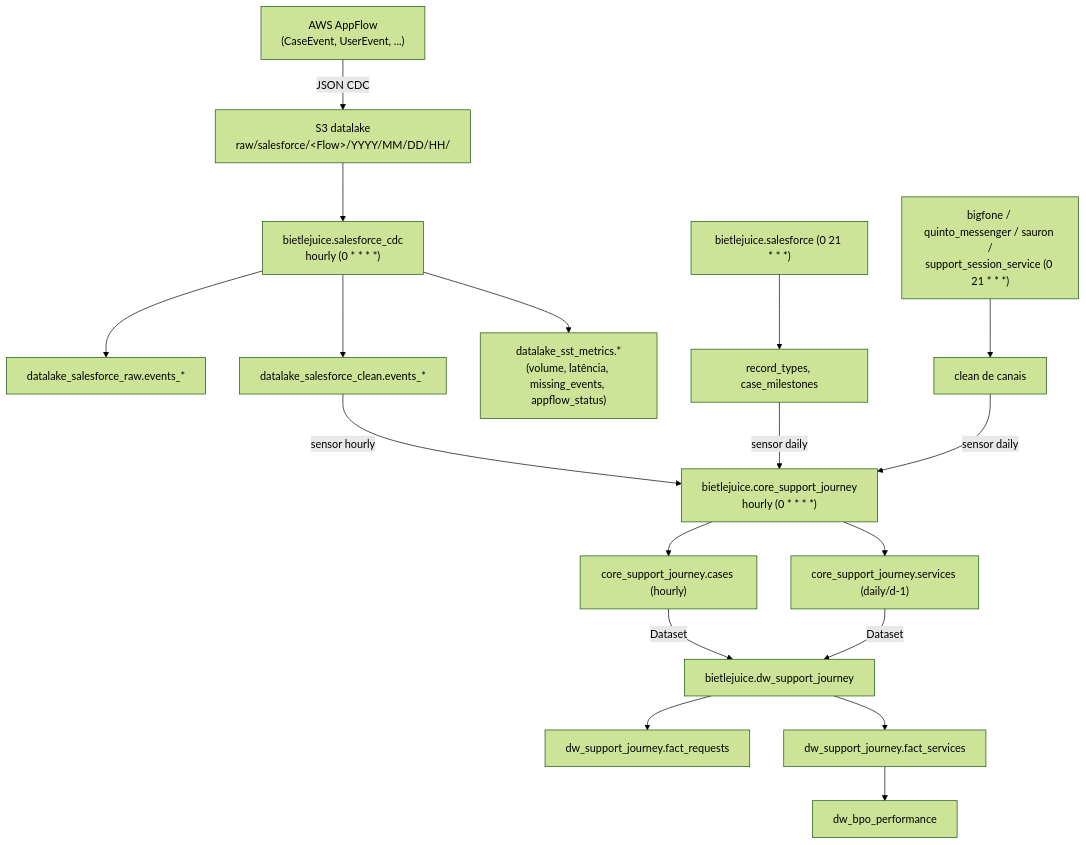
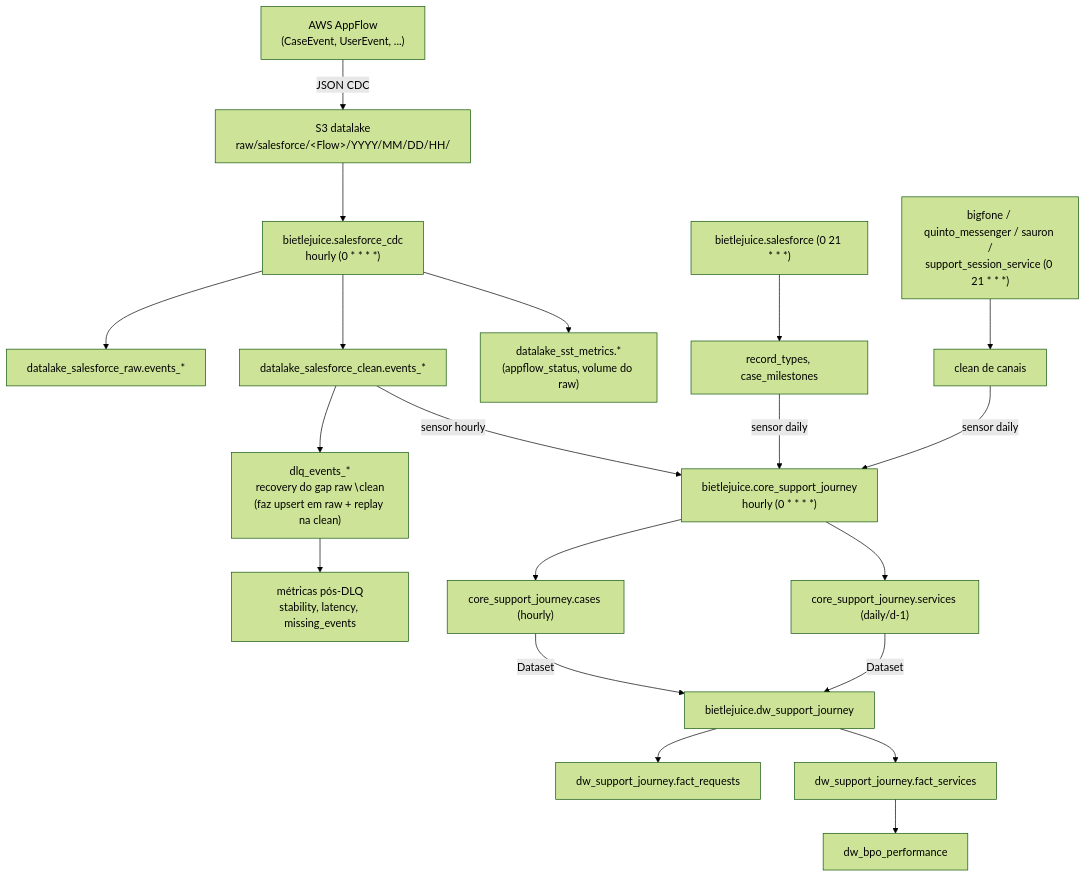
One commit to joseotaviorf/oh-my-pi changed the diagram in docs/runbooks/support_journey_pipeline_runbook.md. Above: the diagram before and after it, drawn with Mermaid (forest theme). The commit also changed other lines of this file and 5 other files, not shown here.

First line of the commit message:
feat(salesforce_cdc): run DLQ before the metric tasks (#28195)

````diff
--- a/docs/runbooks/support_journey_pipeline_runbook.md
+++ b/docs/runbooks/support_journey_pipeline_runbook.md
@@ -65,24 +65,26 @@
 ```mermaid
 flowchart TD
   AF["AWS AppFlow<br/>(CaseEvent, UserEvent, ...)"] -->|JSON CDC| S3["S3 datalake<br/>raw/salesforce/&lt;Flow&gt;/YYYY/MM/DD/HH/"]
   S3 --> CDC["bietlejuice.salesforce_cdc<br/>hourly (0 * * * *)"]
   CDC --> RAW["datalake_salesforce_raw.events_*"]
   CDC --> CLEAN["datalake_salesforce_clean.events_*"]
-  CDC --> MET["datalake_sst_metrics.*<br/>(volume, latência, missing_events, appflow_status)"]
+  CLEAN --> DLQ["dlq_events_*<br/>recovery do gap raw∖clean<br/>(faz upsert em raw + replay na clean)"]
+  CDC --> MET["datalake_sst_metrics.*<br/>(appflow_status, volume do raw)"]
+  DLQ --> MISS["métricas pós-DLQ<br/>stability, latency, missing_events"]
 
   SF["bietlejuice.salesforce (0 21 * * *)"] --> SFCLN["record_types, case_milestones"]
   CH["bigfone / quinto_messenger / sauron /<br/>support_session_service (0 21 * * *)"] --> CHCLN["clean de canais"]
 
   CLEAN -->|sensor hourly| CORE["bietlejuice.core_support_journey<br/>hourly (0 * * * *)"]
   SFCLN -->|sensor daily| CORE
   CHCLN -->|sensor daily| CORE
 
   CORE --> CASES["core_support_journey.cases (hourly)"]
   CORE --> SVCS["core_support_journey.services (daily/d-1)"]
 
   CASES -->|Dataset| DW["bietlejuice.dw_support_journey"]
   SVCS -->|Dataset| DW
   DW --> FR["dw_support_journey.fact_requests"]
   DW --> FS["dw_support_journey.fact_services"]
   FS --> BPO["dw_bpo_performance"]
 ```
````
